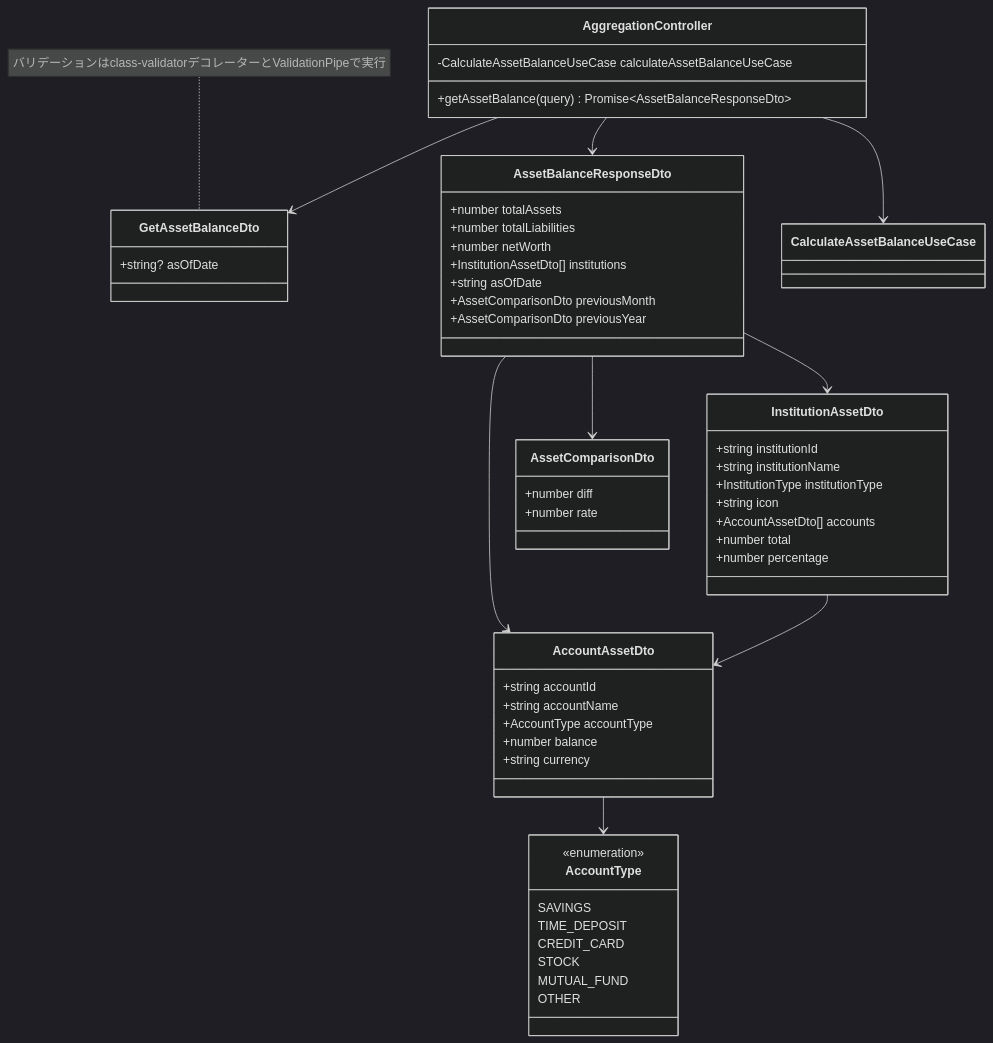
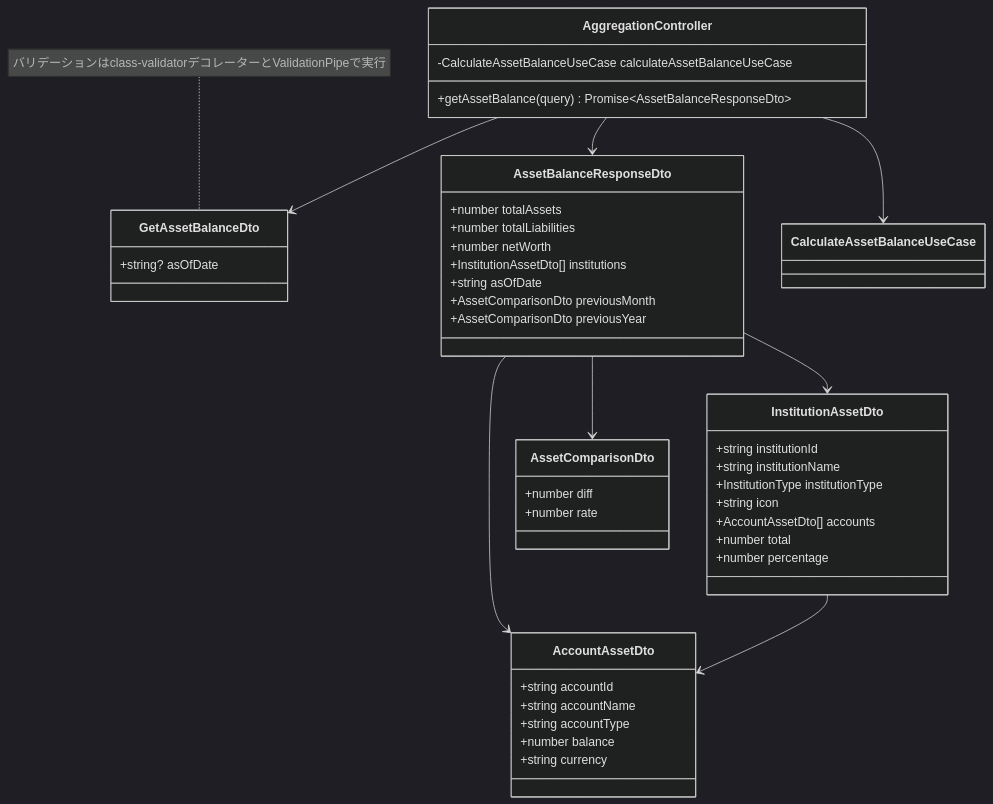
One commit to kencom2400/account-book changed the fourth of 5 diagrams in docs/detailed-design/FR-026_institution-asset-balance/class-diagrams.md. Above: the diagram before and after it, drawn with Mermaid (dark theme). The commit also changed other lines of this file and 7 other files, not shown here.

````diff
--- a/docs/detailed-design/FR-026_institution-asset-balance/class-diagrams.md
+++ b/docs/detailed-design/FR-026_institution-asset-balance/class-diagrams.md
@@ -217,64 +201,53 @@
 ```mermaid
 classDiagram
     class AggregationController {
         -CalculateAssetBalanceUseCase calculateAssetBalanceUseCase
         +getAssetBalance(query) Promise~AssetBalanceResponseDto~
     }
 
     class GetAssetBalanceDto {
         +string? asOfDate
     }
     note for GetAssetBalanceDto "バリデーションはclass-validatorデコレーターとValidationPipeで実行"
 
     class AssetBalanceResponseDto {
         +number totalAssets
         +number totalLiabilities
         +number netWorth
         +InstitutionAssetDto[] institutions
         +string asOfDate
         +AssetComparisonDto previousMonth
         +AssetComparisonDto previousYear
     }
 
     class InstitutionAssetDto {
         +string institutionId
         +string institutionName
         +InstitutionType institutionType
         +string icon
         +AccountAssetDto[] accounts
         +number total
         +number percentage
     }
 
     class AccountAssetDto {
         +string accountId
         +string accountName
-        +AccountType accountType
+        +string accountType
         +number balance
         +string currency
-    }
-
-    class AccountType {
-        <<enumeration>>
-        SAVINGS
-        TIME_DEPOSIT
-        CREDIT_CARD
-        STOCK
-        MUTUAL_FUND
-        OTHER
     }
 
     class AssetComparisonDto {
         +number diff
         +number rate
     }
 
     AggregationController --> CalculateAssetBalanceUseCase
     AggregationController --> GetAssetBalanceDto
     AggregationController --> AssetBalanceResponseDto
     AssetBalanceResponseDto --> InstitutionAssetDto
     AssetBalanceResponseDto --> AccountAssetDto
     AssetBalanceResponseDto --> AssetComparisonDto
     InstitutionAssetDto --> AccountAssetDto
-    AccountAssetDto --> AccountType
 ```
````
